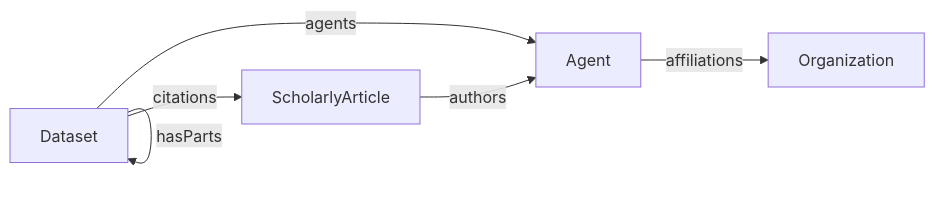
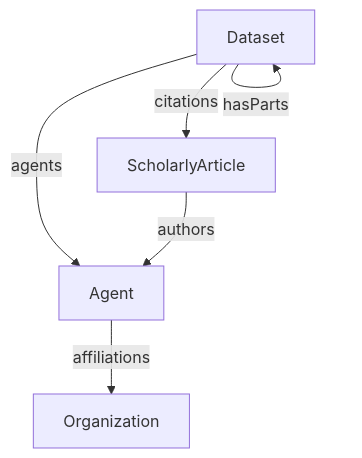
One commit to HLWeil/ARC-base-model changed the diagram in docs/spec/administrative/overview.md. Above: the diagram before and after it, drawn with Mermaid. The commit also changed 12 other files, not shown here.

````diff
--- a/docs/spec/administrative/overview.md
+++ b/docs/spec/administrative/overview.md
@@ -27,8 +27,8 @@
 ```mermaid
-flowchart LR
+flowchart TD
     Dataset --hasParts--> Dataset
     Dataset --agents--> Agent
     Dataset --citations--> ScholarlyArticle
     ScholarlyArticle --authors--> Agent
     Agent --affiliations--> Organization
 ```
````
